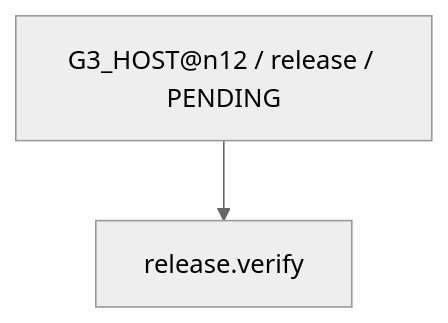
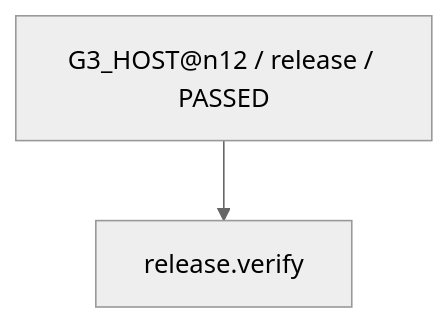
One commit to rrikunagasige-dot/kyotsu-step-web changed diagram 42 of 45 in work/items/W-MATH-036-ne02-n11-n12-guided-design/generated/CAPABILITY_FIRE_DIAGRAM.md. Above: the diagram before and after it, drawn with Mermaid (neutral theme). The commit also changed other lines of this file and 52 other files, not shown here.

````diff
--- a/work/items/W-MATH-036-ne02-n11-n12-guided-design/generated/CAPABILITY_FIRE_DIAGRAM.md
+++ b/work/items/W-MATH-036-ne02-n11-n12-guided-design/generated/CAPABILITY_FIRE_DIAGRAM.md
@@ -660,6 +660,6 @@
 ```mermaid
 flowchart TD
-  N0["G3_HOST@n12 / release / PENDING"]
+  N0["G3_HOST@n12 / release / PASSED"]
   N1["release.verify"]
   N0 --> N1
 ```
````
